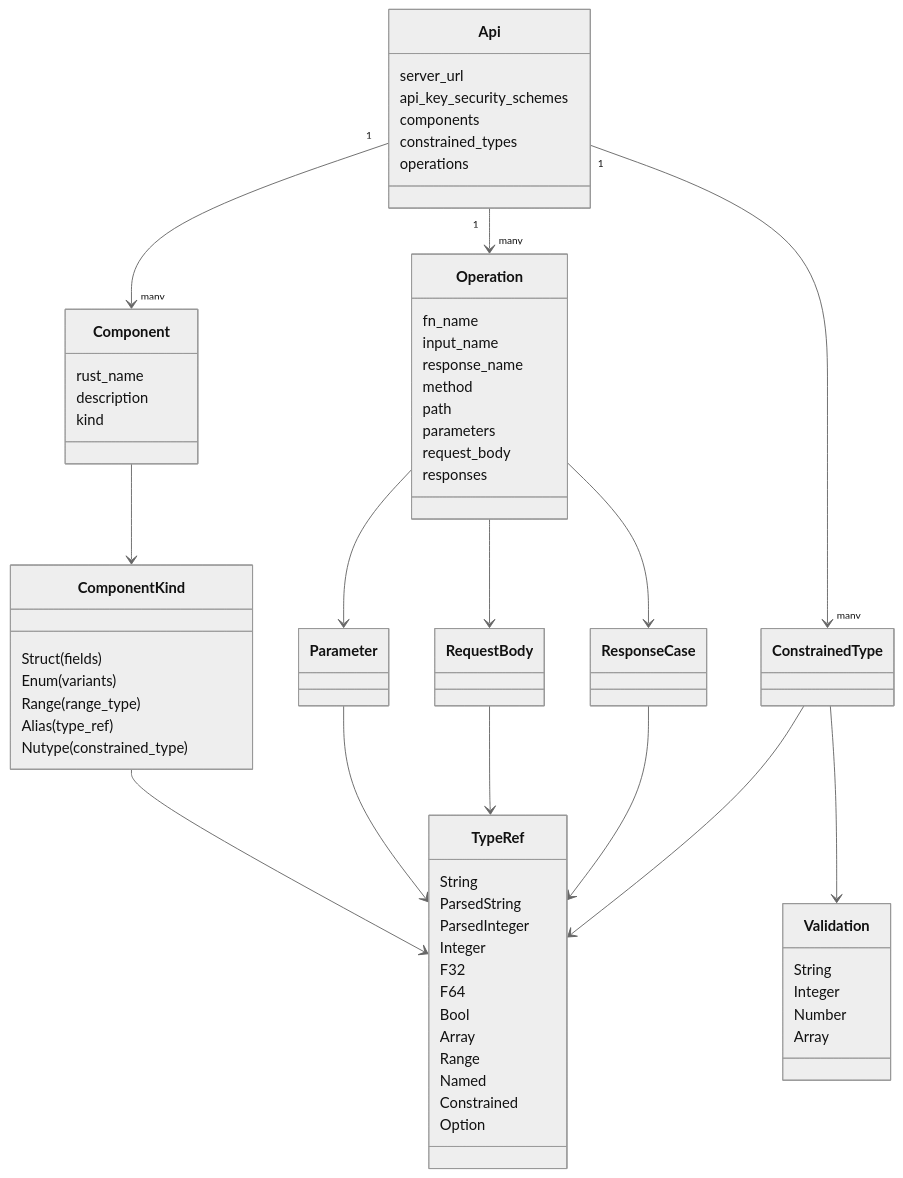
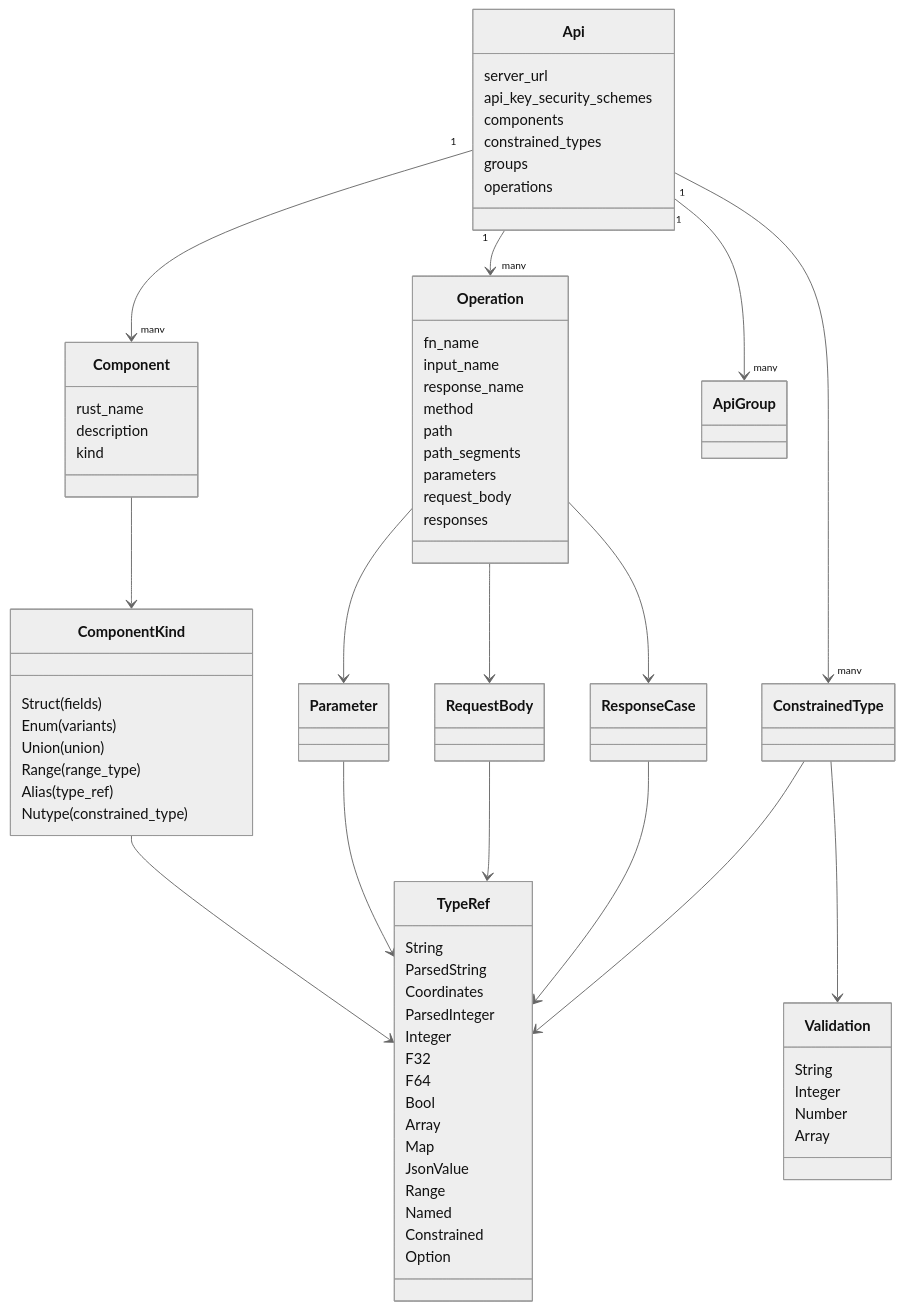
Before and after one commit to zeon256/satay-rs: the sixth of 7 diagrams in ARCHITECTURE.md, drawn with Mermaid (neutral theme). The commit also changed other lines of this file and 70 other files, not shown here.

````diff
--- a/ARCHITECTURE.md
+++ b/ARCHITECTURE.md
@@ -220,66 +245,73 @@
 ```mermaid
 classDiagram
     class Api {
         server_url
         api_key_security_schemes
         components
         constrained_types
+        groups
         operations
     }
     class Component {
         rust_name
         description
         kind
     }
     class ComponentKind {
         Struct(fields)
         Enum(variants)
+        Union(union)
         Range(range_type)
         Alias(type_ref)
         Nutype(constrained_type)
     }
     class Operation {
         fn_name
         input_name
         response_name
         method
         path
+        path_segments
         parameters
         request_body
         responses
     }
     class TypeRef {
         String
         ParsedString
+        Coordinates
         ParsedInteger
         Integer
         F32
         F64
         Bool
         Array
+        Map
+        JsonValue
         Range
         Named
         Constrained
         Option
     }
     class Validation {
         String
         Integer
         Number
         Array
     }
 
     Api "1" --> "many" Component
     Api "1" --> "many" Operation
     Api "1" --> "many" ConstrainedType
+    Api "1" --> "many" ApiGroup
     Component --> ComponentKind
     Operation --> Parameter
     Operation --> RequestBody
     Operation --> ResponseCase
     ComponentKind --> TypeRef
     Parameter --> TypeRef
     RequestBody --> TypeRef
     ResponseCase --> TypeRef
     ConstrainedType --> TypeRef
     ConstrainedType --> Validation
 ```
````
